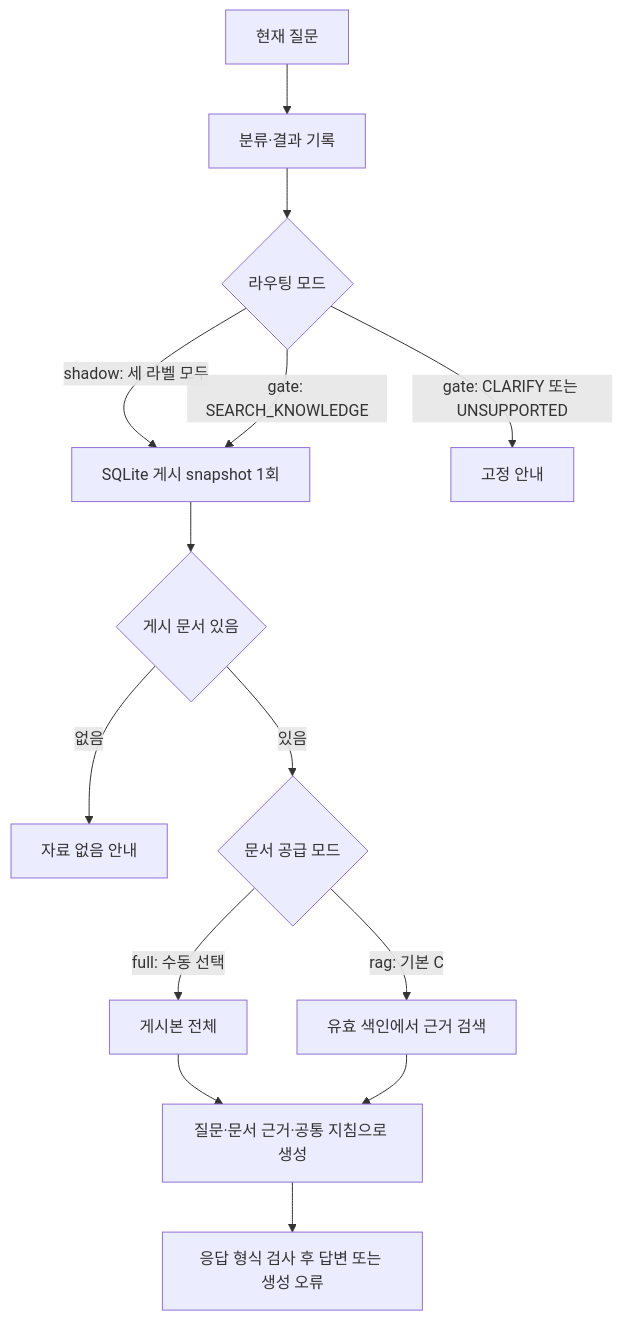
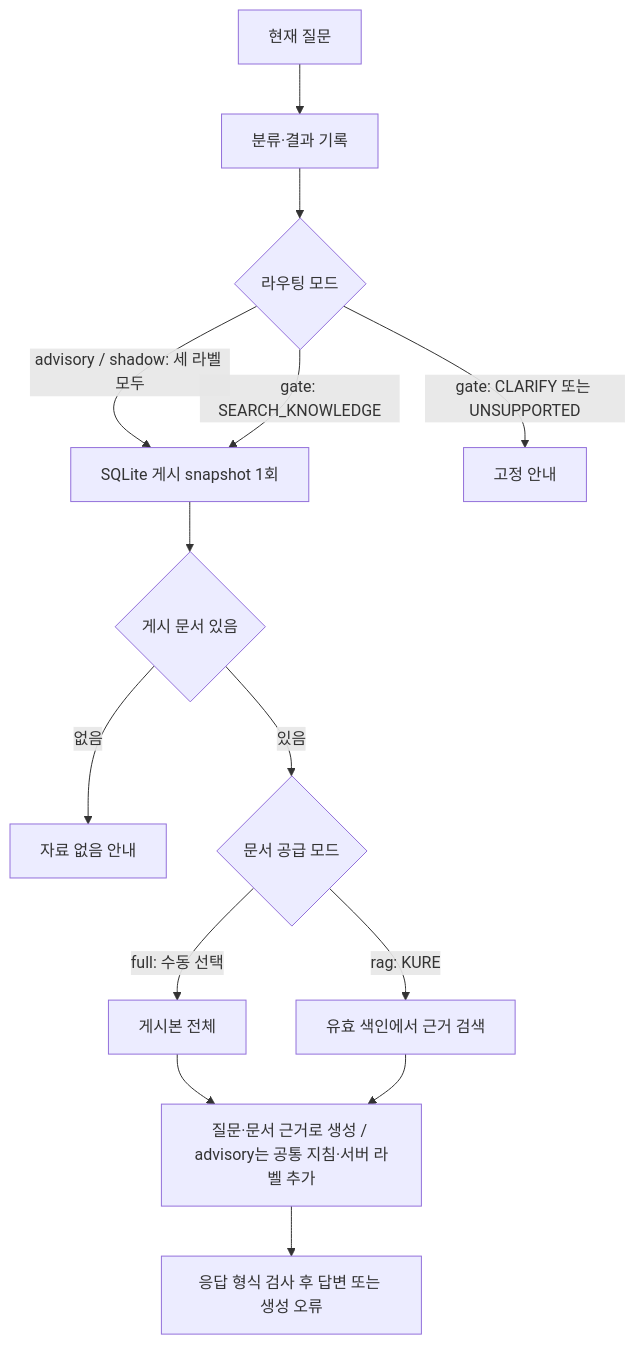
The diagram in docs/service-architecture.md (KANT-2nd-project/sanaebi), drawn with Mermaid before and after one commit. The commit also changed other lines of this file and 25 other files, not shown here.

Commit message:
docs: record advisory design adoption and KURE evidence [skip ci]

````diff
--- a/docs/service-architecture.md
+++ b/docs/service-architecture.md
@@ -43,16 +43,16 @@
 ```mermaid
 flowchart TD
     Q["현재 질문"] --> C["분류·결과 기록"]
     C --> M{"라우팅 모드"}
-    M -->|"shadow: 세 라벨 모두"| D["SQLite 게시 snapshot 1회"]
+    M -->|"advisory / shadow: 세 라벨 모두"| D["SQLite 게시 snapshot 1회"]
     M -->|"gate: SEARCH_KNOWLEDGE"| D
     M -->|"gate: CLARIFY 또는 UNSUPPORTED"| G["고정 안내"]
     D --> V{"게시 문서 있음"}
     V -->|"없음"| N["자료 없음 안내"]
     V -->|"있음"| R{"문서 공급 모드"}
     R -->|"full: 수동 선택"| F["게시본 전체"]
-    R -->|"rag: 기본 C"| S["유효 색인에서 근거 검색"]
-    F --> L["질문·문서 근거·공통 지침으로 생성"]
+    R -->|"rag: KURE"| S["유효 색인에서 근거 검색"]
+    F --> L["질문·문서 근거로 생성 / advisory는 공통 지침·서버 라벨 추가"]
     S --> L
     L --> A["응답 형식 검사 후 답변 또는 생성 오류"]
 ```
````
